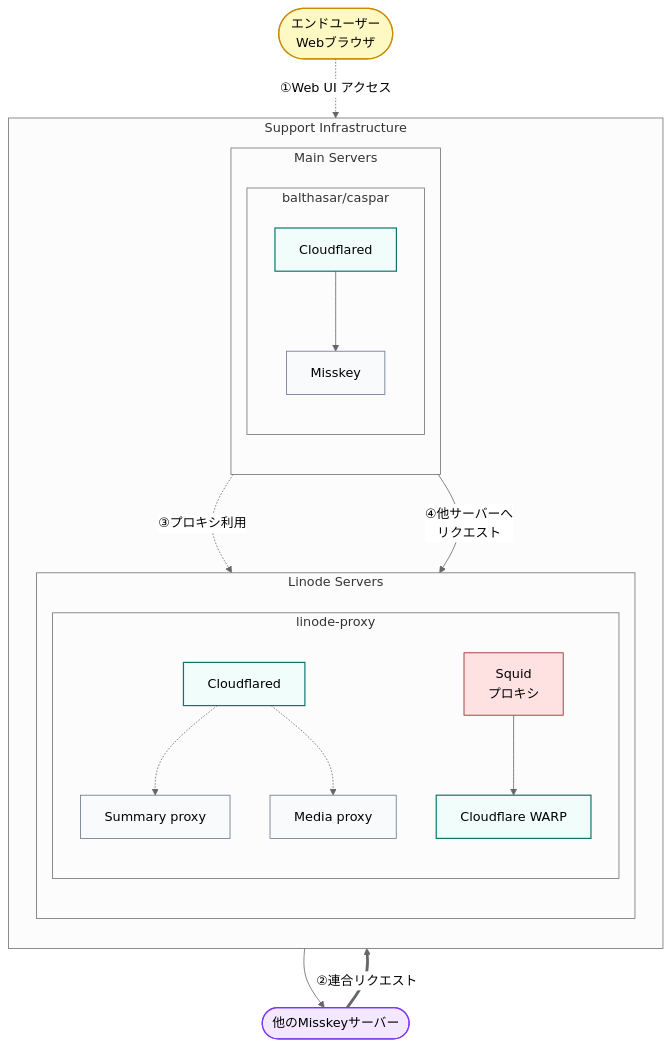
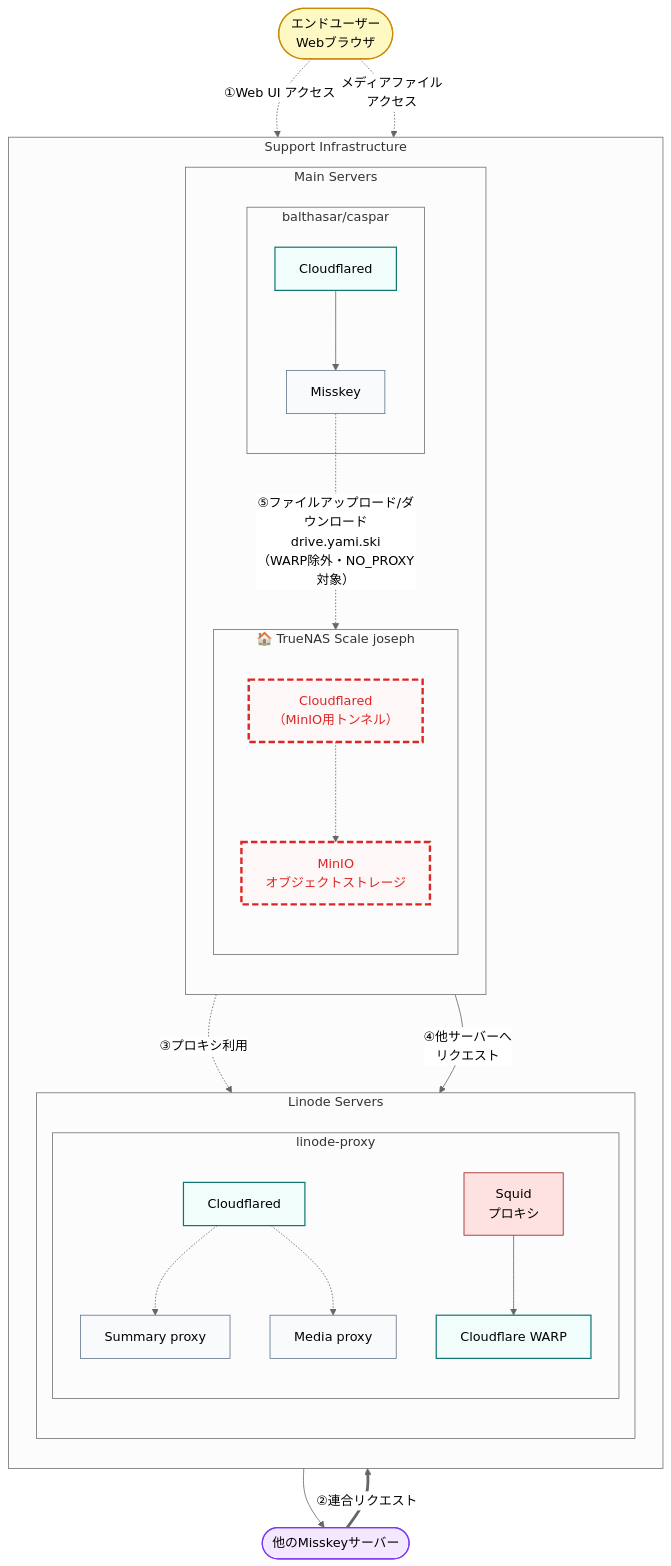
The fifth of 5 diagrams in README.md (yamisskey-dev/hosted-list), drawn with Mermaid (neutral theme) before and after one commit.

````diff
--- a/README.md
+++ b/README.md
@@ -444,56 +444,72 @@
 ```mermaid
 graph TB
 classDef homeServer fill:#e2e8f0,stroke:#334155,stroke-width:2px
 classDef service fill:#f8fafc,stroke:#64748b,stroke-width:1px
 classDef security fill:#fee2e2,stroke:#991b1b,stroke-width:1px
 classDef cloudflare fill:#f0fdfa,stroke:#0f766e,stroke-width:1.5px
 classDef internet fill:#e0f2fe,stroke:#0284c7,stroke-width:1.5px
 classDef user fill:#fef9c3,stroke:#ca8a04,stroke-width:1.5px
 classDef federation fill:#f3e8ff,stroke:#7c3aed,stroke-width:1.5px
+%% 強調（除外ターゲット）
+classDef exclude fill:#fff1f2,stroke:#ef4444,stroke-width:2px,stroke-dasharray: 6 3,color:#ef4444
+classDef excludeHome fill:#fef7f7,stroke:#dc2626,stroke-width:3px,stroke-dasharray: 8 4,color:#dc2626
 
 %% External actors
 enduser([エンドユーザー<br/>Webブラウザ]):::user
 other_misskey([他のMisskeyサーバー]):::federation
 
 subgraph support[Support Infrastructure]
     direction TB
     
     subgraph linode[Linode Servers]
         direction TB
         subgraph proxy[linode-proxy]
             summaryproxy[Summary proxy]:::service
             mediaproxy[Media proxy]:::service
             squid[Squid<br/>プロキシ]:::security
             warp[Cloudflare WARP]:::cloudflare
             cloudflared_p[Cloudflared]:::cloudflare
         end
     end
     
     subgraph main_servers[Main Servers]
         direction TB
         subgraph balthasar_caspar[balthasar/caspar]
             yamisskey[Misskey]:::service
             cloudflared_bc[Cloudflared]:::cloudflare
         end
+        
+        subgraph truenas[🏠 TrueNAS Scale joseph]
+            direction TB
+            minio[MinIO<br/>オブジェクトストレージ]:::excludeHome
+            cloudflared_home[Cloudflared<br/>（MinIO用トンネル）]:::excludeHome
+        end
     end
 end
 
 %% エンドユーザーのアクセス経路（青線）
 enduser -.->|"①Web UI アクセス"| cloudflared_bc
 
 %% 他のMisskeyサーバーからの連合リクエスト（紫線）
 other_misskey ==>|"②連合リクエスト"| cloudflared_bc
 
 %% CloudflaredからMisskeyへの共通経路
 cloudflared_bc --> yamisskey
 
 %% Misskeyサーバーからプロキシへの内部リクエスト（オレンジ線）
 yamisskey -.->|"③プロキシ利用"| cloudflared_p
 cloudflared_p -.-> summaryproxy
 cloudflared_p -.-> mediaproxy
 
 %% Misskeyサーバーからの外向き通信（赤線）
 yamisskey -->|"④他サーバーへ<br/>リクエスト"| squid
 squid --> warp
 warp --> other_misskey
+
+%% MinIOへの直接アクセス（除外対象）
+yamisskey -.->|"⑤ファイルアップロード/ダウンロード<br/>drive.yami.ski<br/>（WARP除外・NO_PROXY対象）"| cloudflared_home
+cloudflared_home -.-> minio
+
+%% エンドユーザーからのメディアアクセス
+enduser -.->|"メディアファイル<br/>アクセス"| cloudflared_home
 ```
````
